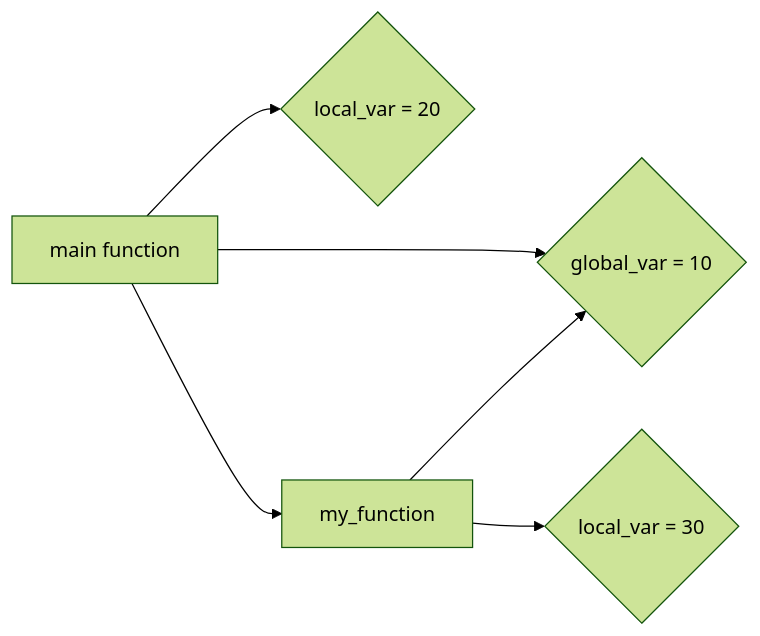
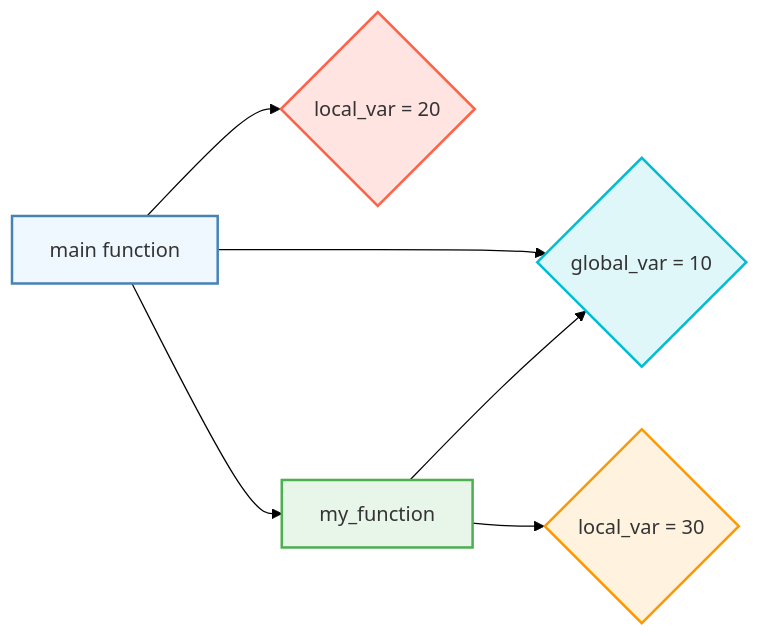
One commit to infoyouth/infoyouth.github.io changed the third of 5 diagrams in _posts/2024-11-14-c-variables-and-constants.md. Above: the diagram before and after it, drawn with Mermaid (forest theme). The commit also changed other lines of this file and 1 other file, not shown here.

````diff
--- a/_posts/2024-11-14-c-variables-and-constants.md
+++ b/_posts/2024-11-14-c-variables-and-constants.md
@@ -585,8 +609,17 @@
 ```mermaid
 graph LR
   A[main function] --> B{local_var = 20}
   A --> C{global_var = 10}
   D[my_function] --> E{local_var = 30}
   D --> C{global_var = 10}
   A --> D
+
+  style A fill:#f0f8ff,stroke:#4682b4,stroke-width:2px;
+  style B fill:#ffe4e1,stroke:#ff6347,stroke-width:2px;
+  style C fill:#e0f7fa,stroke:#00bcd4,stroke-width:2px;
+  style D fill:#e8f5e9,stroke:#4caf50,stroke-width:2px;
+  style E fill:#fff3e0,stroke:#ff9800,stroke-width:2px;
+
+  classDef default fill:#fff,stroke:#000,stroke-width:2px,color:#333;
+
 ```
````
